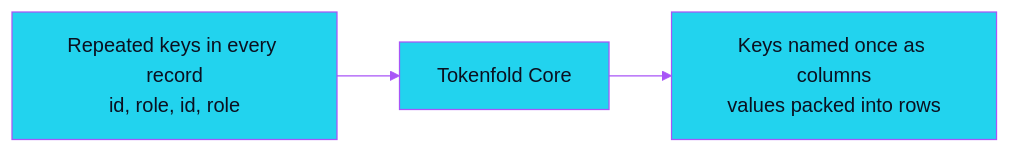
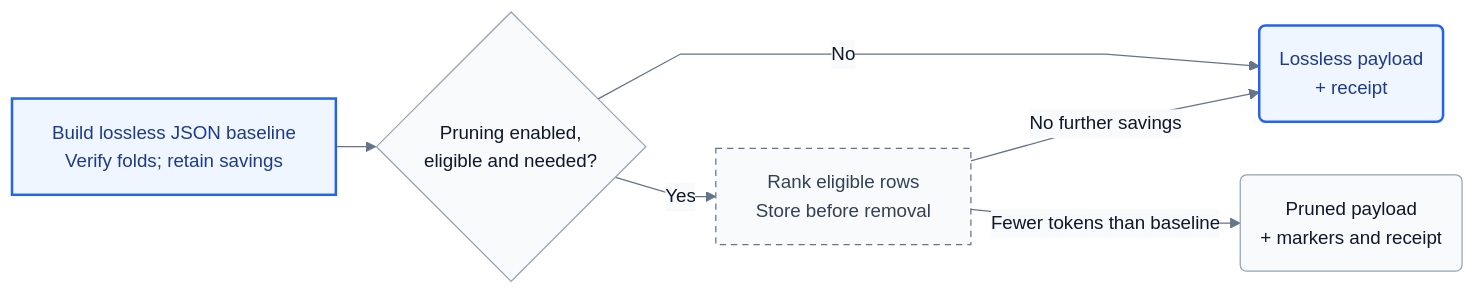
One commit to snchimata/tokenfold changed the first of 2 diagrams in README.md. Above: the diagram before and after it, drawn with Mermaid. The commit also changed other lines of this file and 4 other files, not shown here.

````diff
--- a/README.md
+++ b/README.md
@@ -98,6 +130,16 @@
 ```mermaid
-%%{init: {"theme": "base", "themeVariables": {"primaryColor": "#22D3EE", "primaryTextColor": "#0b1020", "primaryBorderColor": "#A855F7", "lineColor": "#A855F7", "fontFamily": "ui-sans-serif, system-ui, sans-serif"}}}%%
+%%{init: {"theme": "base", "themeVariables": {"primaryColor": "#f8fafc", "primaryTextColor": "#0f172a", "primaryBorderColor": "#94a3b8", "lineColor": "#64748b", "edgeLabelBackground": "#f8fafc", "fontFamily": "Arial", "fontSize": "15px"}, "flowchart": {"curve": "linear", "padding": 16, "nodeSpacing": 40, "rankSpacing": 32}}}%%
 flowchart LR
-    In["Repeated keys in every record<br/>id, role, id, role"] --> TF[Tokenfold Core]
-    TF --> Out["Keys named once as columns<br/>values packed into rows"]
+    accTitle: Lossless first, pruning only when opted in
+    accDescr: Build a verified lossless baseline. Consider pruning only when opted in, eligible, and still needed. Store omissions before removal and use pruning only if it beats the lossless baseline; otherwise keep that baseline.
+    Lossless["Build lossless JSON baseline<br/>Verify folds; retain savings"] --> OptIn{"Pruning enabled,<br/>eligible and needed?"}
+    OptIn -->|No| Keep("Lossless payload<br/>+ receipt")
+    OptIn -->|Yes| Prune["Rank eligible rows<br/>Store before removal"]
+    Prune -->|No further savings| Keep
+    Prune -->|Fewer tokens than baseline| Emit("Pruned payload<br/>+ markers and receipt")
+
+    classDef core fill:#eff6ff,stroke:#2563eb,stroke-width:2px,color:#1e3a8a
+    classDef optional fill:#f8fafc,stroke:#64748b,stroke-dasharray:5 4,color:#334155
+    class Lossless,Keep core
+    class Prune optional
 ```
````
